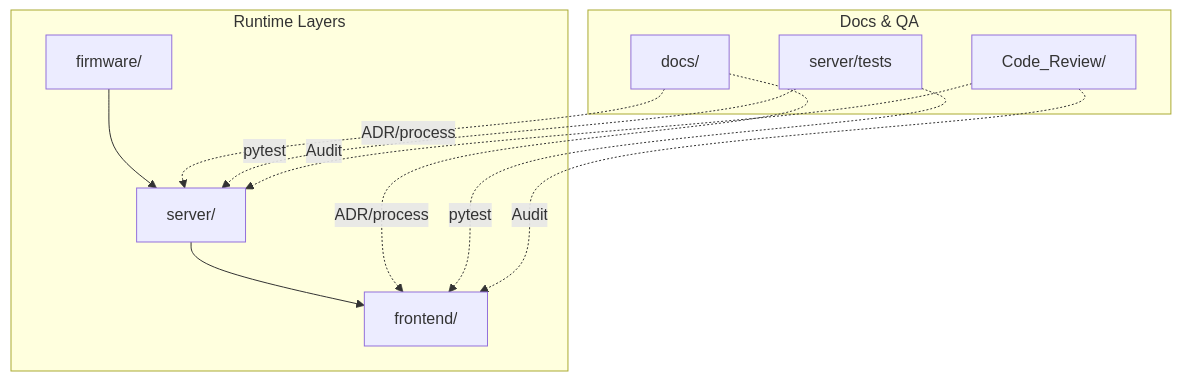
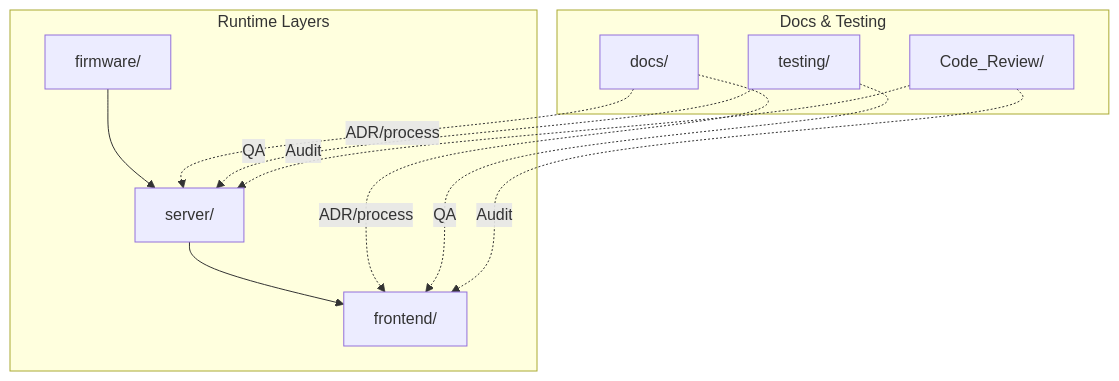
One commit to NnopponS/WheelSense_Project changed the first of 3 diagrams in .qoder/repowiki/en/content/Development Guidelines.md. Above: the diagram before and after it, drawn with Mermaid. The commit also changed other lines of this file and 499 other files, not shown here.

````diff
--- a/.qoder/repowiki/en/content/Development Guidelines.md
+++ b/.qoder/repowiki/en/content/Development Guidelines.md
@@ -52,21 +55,21 @@
 ```mermaid
 graph TB
 subgraph "Runtime Layers"
 F["firmware/"]
 S["server/"]
 FE["frontend/"]
 end
-subgraph "Docs & QA"
+subgraph "Docs & Testing"
 D["docs/"]
-T["server/tests"]
+TST["testing/"]
 CR["Code_Review/"]
 end
 F --> S
 S --> FE
 D -. "ADR/process" .-> S
 D -. "ADR/process" .-> FE
-T -. "pytest" .-> S
-T -. "pytest" .-> FE
+TST -. "QA" .-> S
+TST -. "QA" .-> FE
 CR -. "Audit" .-> S
 CR -. "Audit" .-> FE
 ```
````
